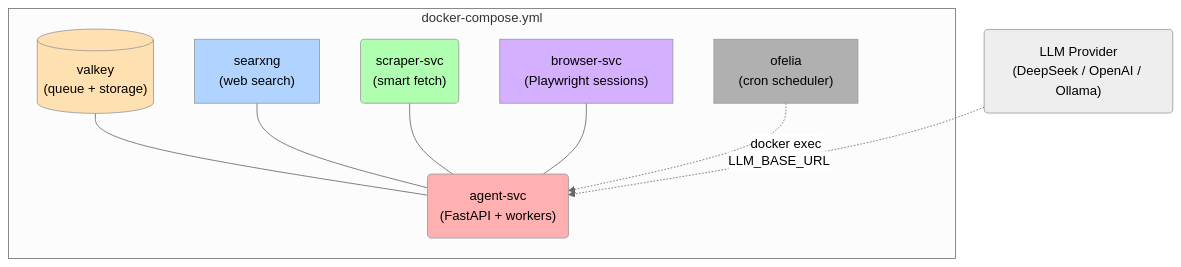
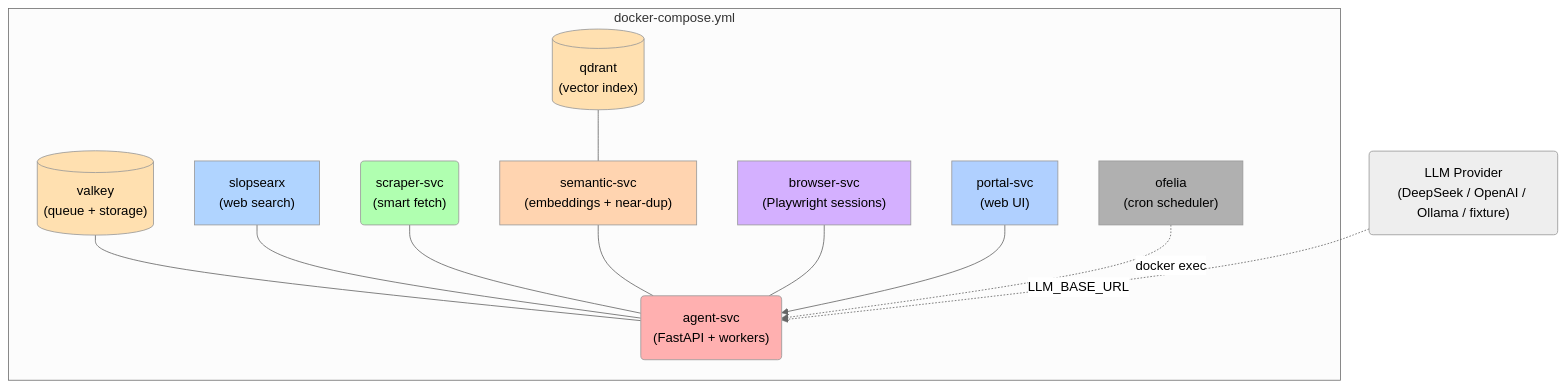
The diagram in README.md (Gerkinfeltser/groktocrawl), drawn with Mermaid (neutral theme) before and after one commit. The commit also changed other lines of this file and 1 other file, not shown here.

Commit message:
docs: update README and CONTRIBUTING for current architecture
README:
- Add qdrant, semantic-svc, portal-svc to architecture diagram
- Add --profile fixture to Quick Start (with explanation)
- Document web portal at localhost:8082
- Add /v2/activity to endpoint table

CONTRIBUTING:
- Fix test path (/app/agent/tests -> /app/tests)
- Add --profile fixture to dev setup instructions
- Add browser-svc, semantic-svc, portal-svc to project layout

````diff
--- a/README.md
+++ b/README.md
@@ -50,26 +52,35 @@
 ```mermaid
 flowchart TD
     subgraph compose["docker-compose.yml"]
         valkey[("valkey<br/>(queue + storage)")]
-        searxng["searxng<br/>(web search)"]
+        qdrant[("qdrant<br/>(vector index)")]
+        searxng["slopsearx<br/>(web search)"]
         scraper("scraper-svc<br/>(smart fetch)")
         browser["browser-svc<br/>(Playwright sessions)"]
+        semantic["semantic-svc<br/>(embeddings + near-dup)"]
         agent("agent-svc<br/>(FastAPI + workers)")
+        portal["portal-svc<br/>(web UI)"]
         ofelia["ofelia<br/>(cron scheduler)"]
 
         valkey --- agent
+        qdrant --- semantic
         searxng --- agent
         scraper --- agent
+        semantic --- agent
         browser --- agent
+        portal --> agent
         ofelia -.->|docker exec| agent
     end
-    llm_provider("LLM Provider<br/>(DeepSeek / OpenAI / Ollama)")
+    llm_provider("LLM Provider<br/>(DeepSeek / OpenAI / Ollama / fixture)")
     llm_provider -.->|LLM_BASE_URL| agent
 
     style valkey fill:#ffe0b0
+    style qdrant fill:#ffe0b0
     style searxng fill:#b0d4ff
     style scraper fill:#b0ffb0
     style browser fill:#d4b0ff
+    style semantic fill:#ffd4b0
     style agent fill:#ffb0b0
+    style portal fill:#b0d0ff
     style ofelia fill:#b0b0b0
 ```
````
